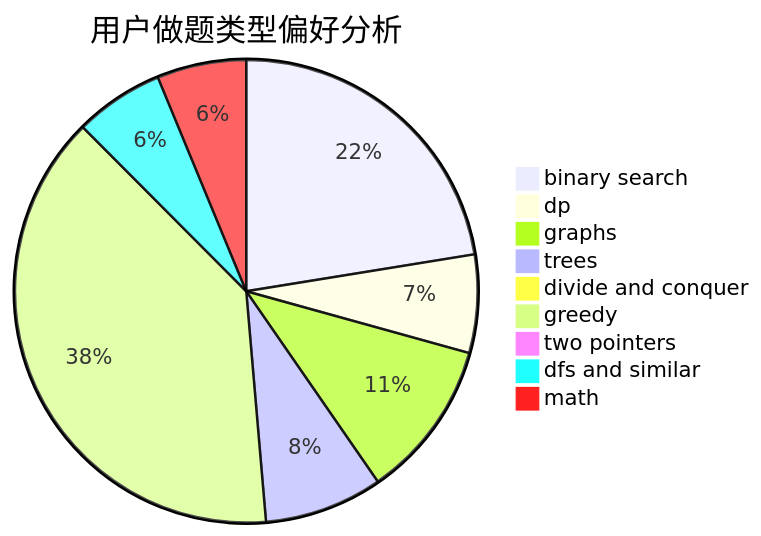
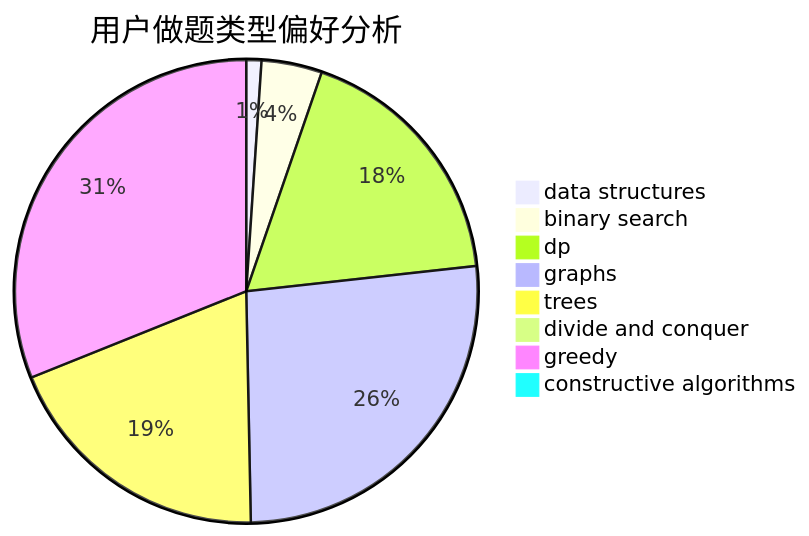
One commit to sherpahu/cfrs.github.io changed the second of 3 diagrams in docs/user/u441.md. Above: the diagram before and after it, drawn with Mermaid. The commit also changed other lines of this file and 2775 other files, not shown here.

````diff
--- a/docs/user/u441.md
+++ b/docs/user/u441.md
@@ -23,12 +23,11 @@
 ```mermaid
 pie title 用户做题类型偏好分析
-    "binary search" :  288
-    "dp" :  88
-    "graphs" :  142
-    "trees" :  106
-    "divide and conquer" :  11
-    "greedy" :  499
-    "two pointers" :  5
-    "dfs and similar" :  80
-    "math" :  80
+    "data structures" :  5
+    "binary search" :  20
+    "dp" :  85
+    "graphs" :  125
+    "trees" :  91
+    "divide and conquer" :  0
+    "greedy" :  147
+    "constructive algorithms" :  0
 ```
````
